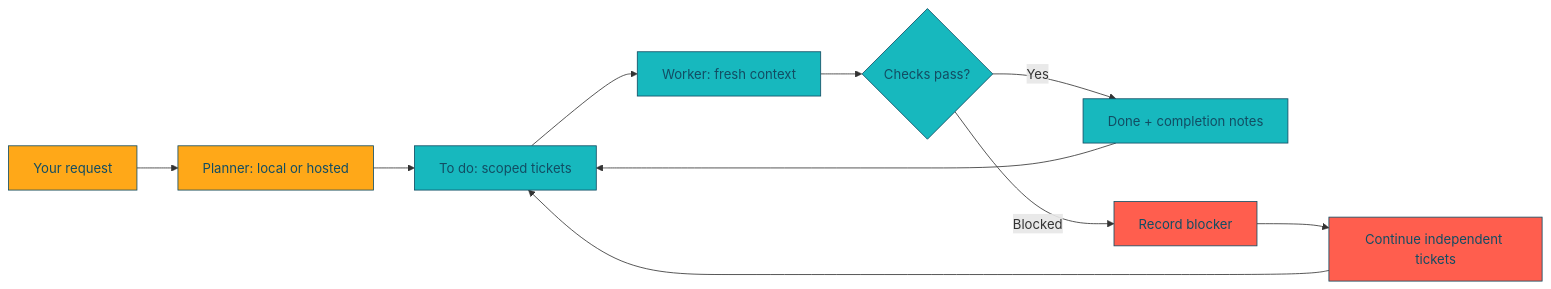
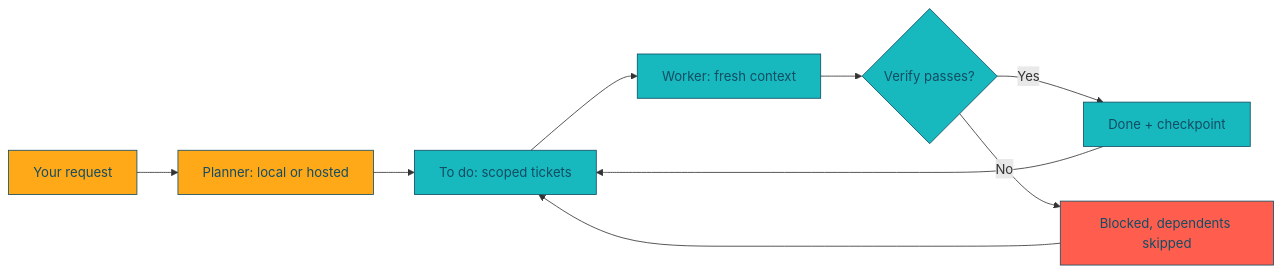
One commit to ihawn/Donut changed the diagram in README.md. Above: the diagram before and after it, drawn with Mermaid. The commit also changed other lines of this file and 36 other files, not shown here.

Commit message:
Verify tickets, checkpoint each one, report a stuck queue, and fix terminal keys (#15)

````diff
--- a/README.md
+++ b/README.md
@@ -71,18 +79,17 @@
 ```mermaid
 flowchart LR
     A[Your request] --> B[Planner: local or hosted]
     B --> C[To do: scoped tickets]
     C --> D[Worker: fresh context]
-    D --> E{Checks pass?}
-    E -->|Yes| F[Done + completion notes]
-    E -->|Blocked| G[Record blocker]
+    D --> E{Verify passes?}
+    E -->|Yes| F[Done + checkpoint]
+    E -->|No| G[Blocked, dependents skipped]
     F --> C
-    G --> H[Continue independent tickets]
-    H --> C
+    G --> C
     classDef orange fill:#FFA818,color:#124D63,stroke:#124D63
     classDef teal fill:#17B8BE,color:#124D63,stroke:#124D63
     classDef coral fill:#FF5E4E,color:#124D63,stroke:#124D63
     class A,B orange
     class C,D,E,F teal
-    class G,H coral
+    class G coral
 ```
````
